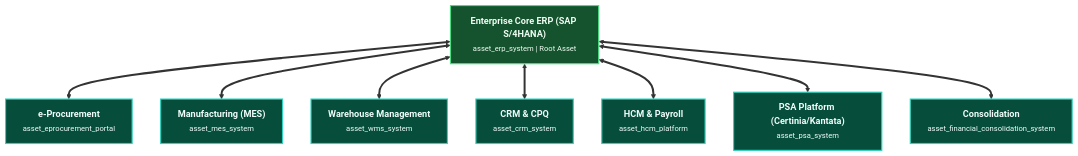
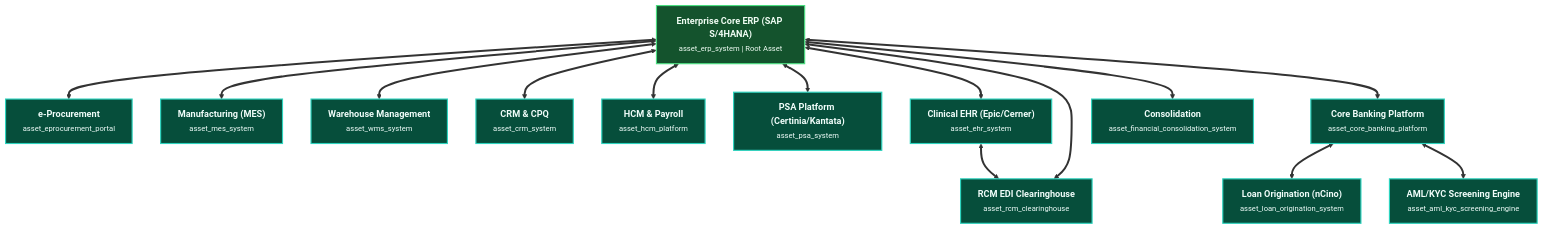
The second of 2 diagrams in docs/architecture/enterprise-value-chain-architecture.md (GeorgeYinDev/ValueChainModel), drawn with Mermaid before and after one commit. The commit also changed other lines of this file and 4 other files, not shown here.

Commit message:
docs: synchronize architecture specs, practitioner guides, and CLI reference with Healthcare and Financial Services profiles (v1.12.0)

````diff
--- a/docs/architecture/enterprise-value-chain-architecture.md
+++ b/docs/architecture/enterprise-value-chain-architecture.md
@@ -128,23 +172,34 @@
 ```mermaid
 flowchart TD
   classDef core fill:#14532d,stroke:#4ade80,stroke-width:2px,color:#f0fdf4;
   classDef sub fill:#064e3b,stroke:#2dd4bf,stroke-width:2px,color:#f0fdfa;
 
   ERP["<b>Enterprise Core ERP (SAP S/4HANA)</b><br/><small>asset_erp_system | Root Asset</small>"]:::core
   
   PORTAL["<b>e-Procurement</b><br/><small>asset_eprocurement_portal</small>"]:::sub
   MES["<b>Manufacturing (MES)</b><br/><small>asset_mes_system</small>"]:::sub
   WMS["<b>Warehouse Management</b><br/><small>asset_wms_system</small>"]:::sub
   CRM["<b>CRM & CPQ</b><br/><small>asset_crm_system</small>"]:::sub
   HCM["<b>HCM & Payroll</b><br/><small>asset_hcm_platform</small>"]:::sub
   PSA["<b>PSA Platform (Certinia/Kantata)</b><br/><small>asset_psa_system</small>"]:::sub
+  EHR["<b>Clinical EHR (Epic/Cerner)</b><br/><small>asset_ehr_system</small>"]:::sub
+  CLR["<b>RCM EDI Clearinghouse</b><br/><small>asset_rcm_clearinghouse</small>"]:::sub
+  CBS["<b>Core Banking Platform</b><br/><small>asset_core_banking_platform</small>"]:::sub
+  LOS["<b>Loan Origination (nCino)</b><br/><small>asset_loan_origination_system</small>"]:::sub
+  AML["<b>AML/KYC Screening Engine</b><br/><small>asset_aml_kyc_screening_engine</small>"]:::sub
   CONSOL["<b>Consolidation</b><br/><small>asset_financial_consolidation_system</small>"]:::sub
 
   ERP <==> PORTAL
   ERP <==> MES
   ERP <==> WMS
   ERP <==> CRM
   ERP <==> HCM
   ERP <==> PSA
+  ERP <==> EHR
+  EHR <==> CLR
+  CLR <==> ERP
+  ERP <==> CBS
+  CBS <==> LOS
+  CBS <==> AML
   ERP <==> CONSOL
 ```
````
